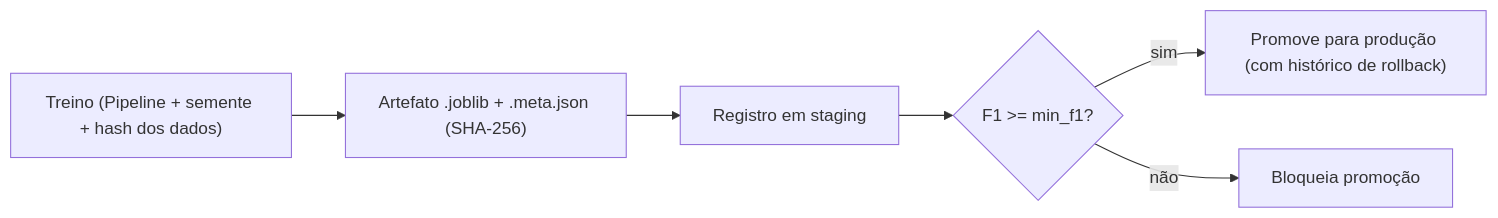
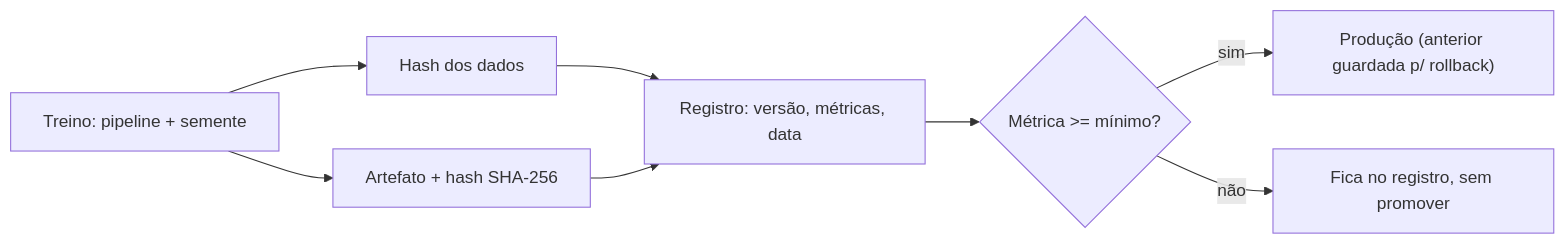
One commit to Lip3Bazinga/v0-level-usp-project changed the diagram in content/cursos/n7-engenharia-de-ia/07-mlops-e-projeto/02-empacotamento-e-versionamento-de-modelos.lvl.md. Above: the diagram before and after it, drawn with Mermaid. The commit also changed other lines of this file and 3 other files, not shown here.

````diff
--- a/content/cursos/n7-engenharia-de-ia/07-mlops-e-projeto/02-empacotamento-e-versionamento-de-modelos.lvl.md
+++ b/content/cursos/n7-engenharia-de-ia/07-mlops-e-projeto/02-empacotamento-e-versionamento-de-modelos.lvl.md
@@ -25,8 +53,10 @@
 ```mermaid
 flowchart LR
-    T["Treino (Pipeline + semente + hash dos dados)"] --> A["Artefato .joblib + .meta.json (SHA-256)"]
-    A --> S["Registro em staging"]
-    S --> G{"F1 >= min_f1?"}
-    G -- "sim" --> P["Promove para produção (com histórico de rollback)"]
-    G -- "não" --> B["Bloqueia promoção"]
+    T["Treino: pipeline + semente"] --> H["Hash dos dados"]
+    T --> A["Artefato + hash SHA-256"]
+    H --> R["Registro: versão, métricas, data"]
+    A --> R
+    R --> G{"Métrica >= mínimo?"}
+    G -- "sim" --> P["Produção (anterior guardada p/ rollback)"]
+    G -- "não" --> B["Fica no registro, sem promover"]
 ```
````
